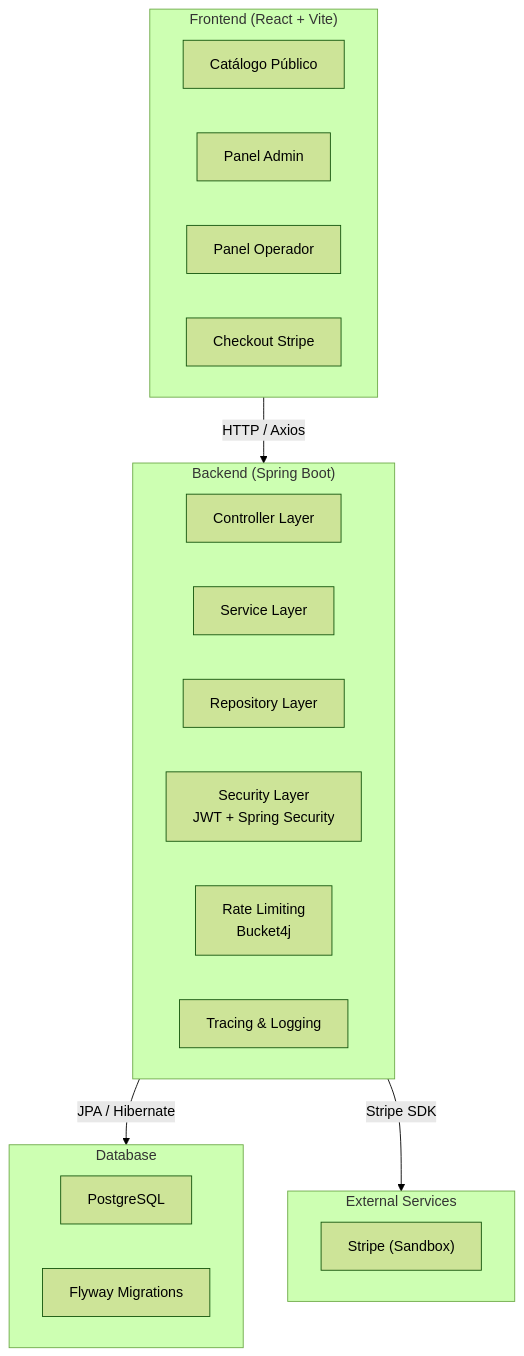
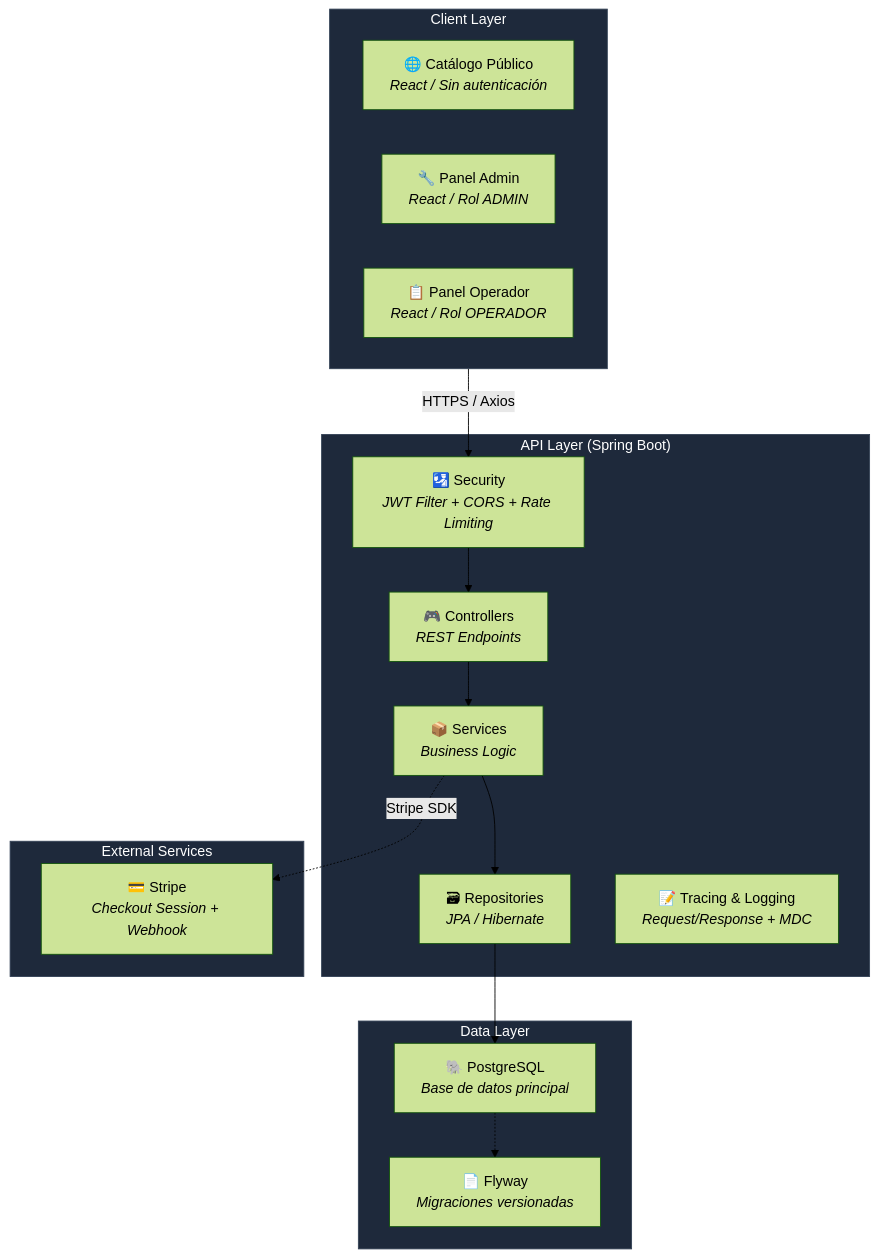
One commit to LuisAIDev/-InvenCore changed the diagram in README.md. Above: the diagram before and after it, drawn with Mermaid (forest theme). The commit also changed other lines of this file, not shown here.

````diff
--- a/README.md
+++ b/README.md
@@ -107,31 +132,38 @@
 ```mermaid
 graph TB
-    subgraph Frontend["Frontend (React + Vite)"]
-        A1["Catálogo Público"]
-        A2["Panel Admin"]
-        A3["Panel Operador"]
-        A4["Checkout Stripe"]
+    subgraph CLIENT["Client Layer"]
+        A1["🌐 Catálogo Público<br/><i>React / Sin autenticación</i>"]
+        A2["🔧 Panel Admin<br/><i>React / Rol ADMIN</i>"]
+        A3["📋 Panel Operador<br/><i>React / Rol OPERADOR</i>"]
     end
 
-    subgraph Backend["Backend (Spring Boot)"]
-        B1["Controller Layer"]
-        B2["Service Layer"]
-        B3["Repository Layer"]
-        B4["Security Layer<br/>JWT + Spring Security"]
-        B5["Rate Limiting<br/>Bucket4j"]
-        B6["Tracing & Logging"]
+    subgraph API["API Layer (Spring Boot)"]
+        B1["🛂 Security<br/><i>JWT Filter + CORS + Rate Limiting</i>"]
+        B2["🎮 Controllers<br/><i>REST Endpoints</i>"]
+        B3["📦 Services<br/><i>Business Logic</i>"]
+        B4["🗃 Repositories<br/><i>JPA / Hibernate</i>"]
+        B5["📝 Tracing & Logging<br/><i>Request/Response + MDC</i>"]
     end
 
-    subgraph Database["Database"]
-        C1["PostgreSQL"]
-        C2["Flyway Migrations"]
+    subgraph DATA["Data Layer"]
+        C1["🐘 PostgreSQL<br/><i>Base de datos principal</i>"]
+        C2["📄 Flyway<br/><i>Migraciones versionadas</i>"]
     end
 
-    subgraph External["External Services"]
-        D1["Stripe (Sandbox)"]
+    subgraph EXT["External Services"]
+        D1["💳 Stripe<br/><i>Checkout Session + Webhook</i>"]
     end
 
-    Frontend -->|HTTP / Axios| Backend
-    Backend -->|JPA / Hibernate| Database
-    Backend -->|Stripe SDK| External
+    CLIENT -->|HTTPS / Axios| B1
+    B1 --> B2
+    B2 --> B3
+    B3 --> B4
+    B4 --> C1
+    C1 -.-> C2
+    B3 -.->|Stripe SDK| D1
+
+    style CLIENT fill:#1e293b,color:#fff,stroke:#334155
+    style API fill:#1e293b,color:#fff,stroke:#334155
+    style DATA fill:#1e293b,color:#fff,stroke:#334155
+    style EXT fill:#1e293b,color:#fff,stroke:#334155
 ```
````
